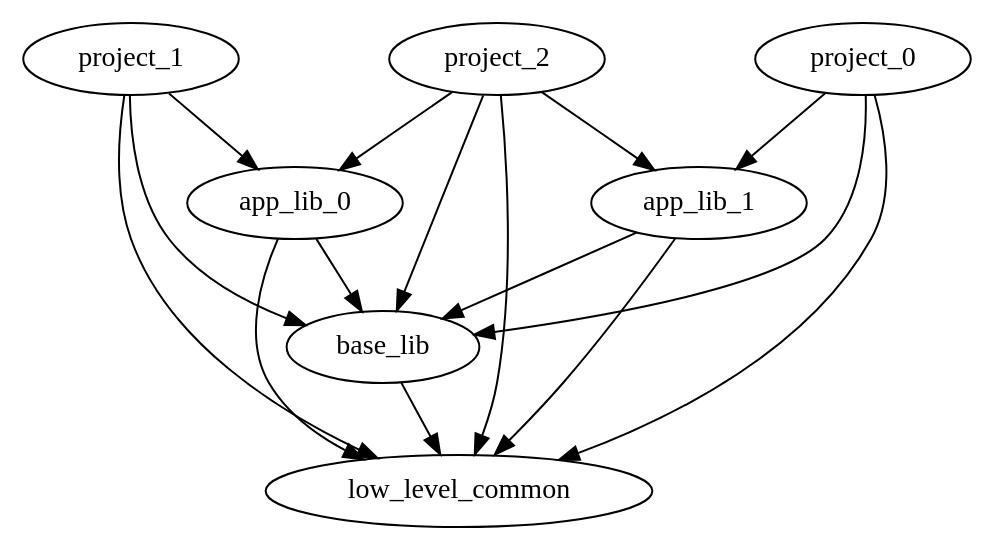
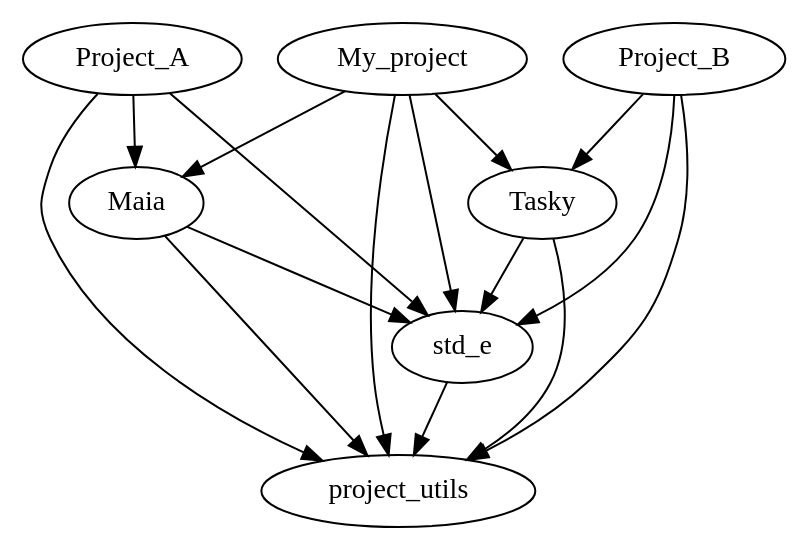
Before and after one commit to onera/project_utils: the diagram in doc/project_dep_graph.dot, drawn with Graphviz. The commit also changed 4 other files, not shown here.

```diff
--- a/doc/project_dep_graph.dot
+++ b/doc/project_dep_graph.dot
@@ -1,17 +1,17 @@
 digraph G {
-  "base_lib"  -> "low_level_common"
-  "app_lib_0" -> "low_level_common"
-  "app_lib_1" -> "low_level_common"
-  "project_1" -> "low_level_common"
-  "project_2" -> "low_level_common"
-  "project_0" -> "low_level_common"
-  "app_lib_0" -> "base_lib"
-  "app_lib_1" -> "base_lib"
-  "project_1" -> "base_lib"
-  "project_2" -> "base_lib"
-  "project_0" -> "base_lib"
-  "project_1" -> "app_lib_0"
-  "project_2" -> "app_lib_0"
-  "project_2" -> "app_lib_1"
-  "project_0" -> "app_lib_1"
+  "std_e"  -> "project_utils"
+  "Maia" -> "project_utils"
+  "Tasky" -> "project_utils"
+  "Project_B" -> "project_utils"
+  "Project_A" -> "project_utils"
+  "My_project" -> "project_utils"
+  "Maia" -> "std_e"
+  "Tasky" -> "std_e"
+  "Project_A" -> "std_e"
+  "My_project" -> "std_e"
+  "Project_B" -> "std_e"
+  "Project_A" -> "Maia"
+  "My_project" -> "Maia"
+  "My_project" -> "Tasky"
+  "Project_B" -> "Tasky"
 }
```
